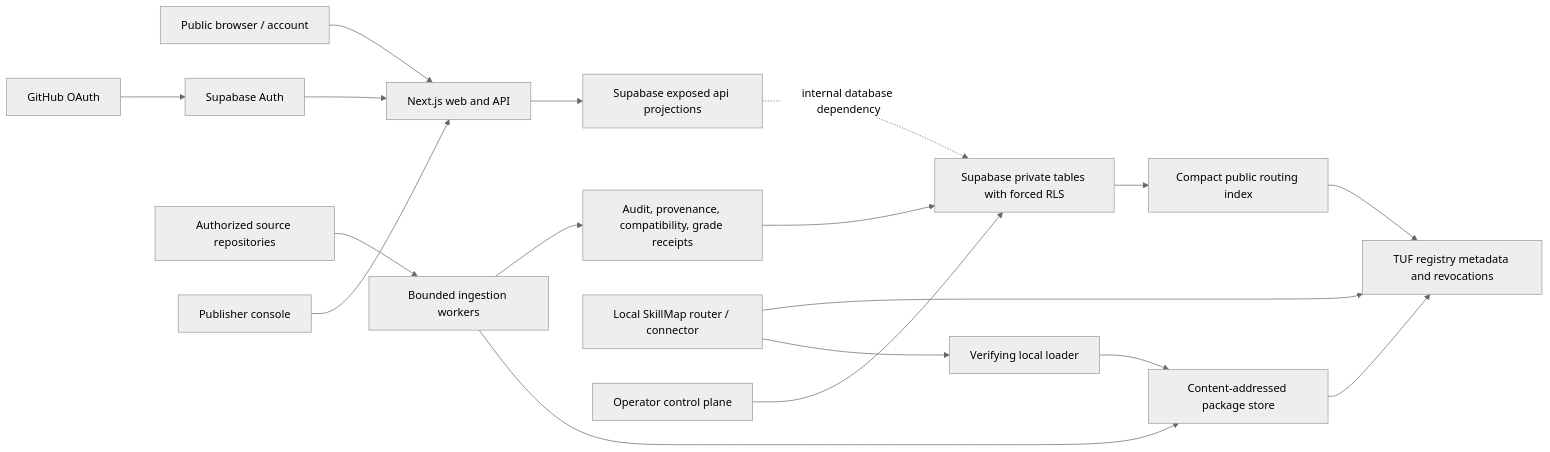
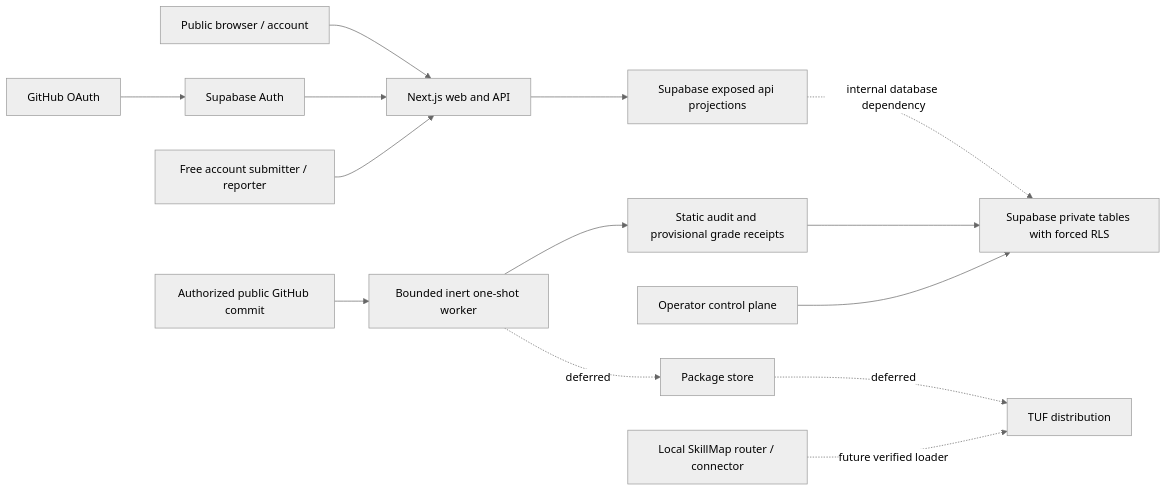
The diagram in docs/architecture/hosted-registry.md (0x3-team/skillmap), drawn with Mermaid (neutral theme) before and after one commit. The commit also changed other lines of this file and 74 other files, not shown here.

Commit message:
feat: close free public alpha launch readiness gaps

````diff
--- a/docs/architecture/hosted-registry.md
+++ b/docs/architecture/hosted-registry.md
@@ -7,23 +7,19 @@
 ```mermaid
 flowchart LR
   Browser["Public browser / account"] --> Web["Next.js web and API"]
   Web --> PublicAPI["Supabase exposed api projections"]
   PublicAPI -. "internal database dependency" .-> PrivateDB["Supabase private tables with forced RLS"]
   GitHub["GitHub OAuth"] --> SupabaseAuth["Supabase Auth"]
   SupabaseAuth --> Web
 
-  Sources["Authorized source repositories"] --> Ingest["Bounded ingestion workers"]
-  Ingest --> Evidence["Audit, provenance, compatibility, grade receipts"]
-  Ingest --> Artifacts["Content-addressed package store"]
+  Sources["Authorized public GitHub commit"] --> Ingest["Bounded inert one-shot worker"]
+  Ingest --> Evidence["Static audit and provisional grade receipts"]
   Evidence --> PrivateDB
-  Artifacts --> TUF["TUF registry metadata and revocations"]
-  PrivateDB --> Index["Compact public routing index"]
-  Index --> TUF
-
-  Local["Local SkillMap router / connector"] --> TUF
-  Local --> Loader["Verifying local loader"]
-  Loader --> Artifacts
 
   Operator["Operator control plane"] --> PrivateDB
-  Publisher["Publisher console"] --> Web
+  Submitter["Free account submitter / reporter"] --> Web
+
+  Ingest -. "deferred" .-> Artifacts["Package store"]
+  Artifacts -. "deferred" .-> TUF["TUF distribution"]
+  Local["Local SkillMap router / connector"] -. "future verified loader" .-> TUF
 ```
````
